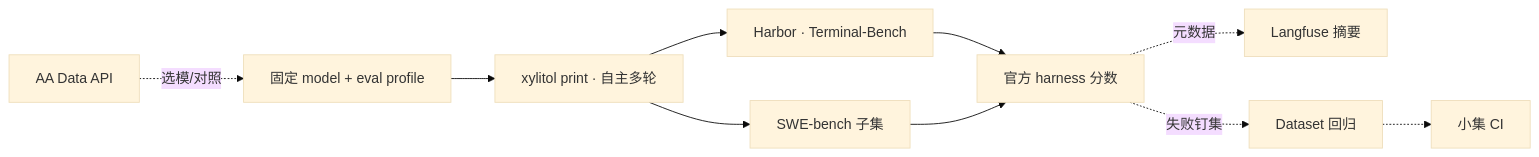
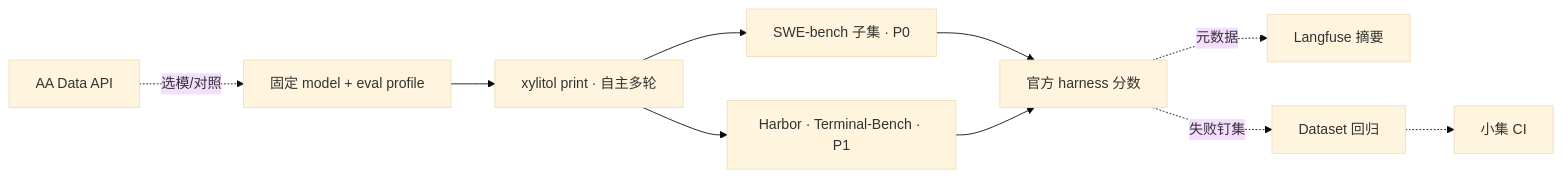
Before and after one commit to StrayDragon/xylitol: the diagram in docs/roadmaps/Agent-Eval与回归基准.md, drawn with Mermaid (base theme). The commit also changed other lines of this file and 2 other files, not shown here.

First line of the commit message:
docs: pin SWE-first eval order; print-only harness constraint

````diff
--- a/docs/roadmaps/Agent-Eval与回归基准.md
+++ b/docs/roadmaps/Agent-Eval与回归基准.md
@@ -44,12 +45,12 @@
 ```mermaid
 flowchart LR
   Model["固定 model + eval profile"] --> Print["xylitol print · 自主多轮"]
-  Print --> TB["Harbor · Terminal-Bench"]
-  Print --> SWE["SWE-bench 子集"]
-  TB --> Score["官方 harness 分数"]
-  SWE --> Score
+  Print --> SWE["SWE-bench 子集 · P0"]
+  Print --> TB["Harbor · Terminal-Bench · P1"]
+  SWE --> Score["官方 harness 分数"]
+  TB --> Score
   Score -.->|元数据| LF["Langfuse 摘要"]
   Score -.->|失败钉集| DS["Dataset 回归"]
   DS -.-> CI["小集 CI"]
   AA["AA Data API"] -.->|选模/对照| Model
 ```
````
